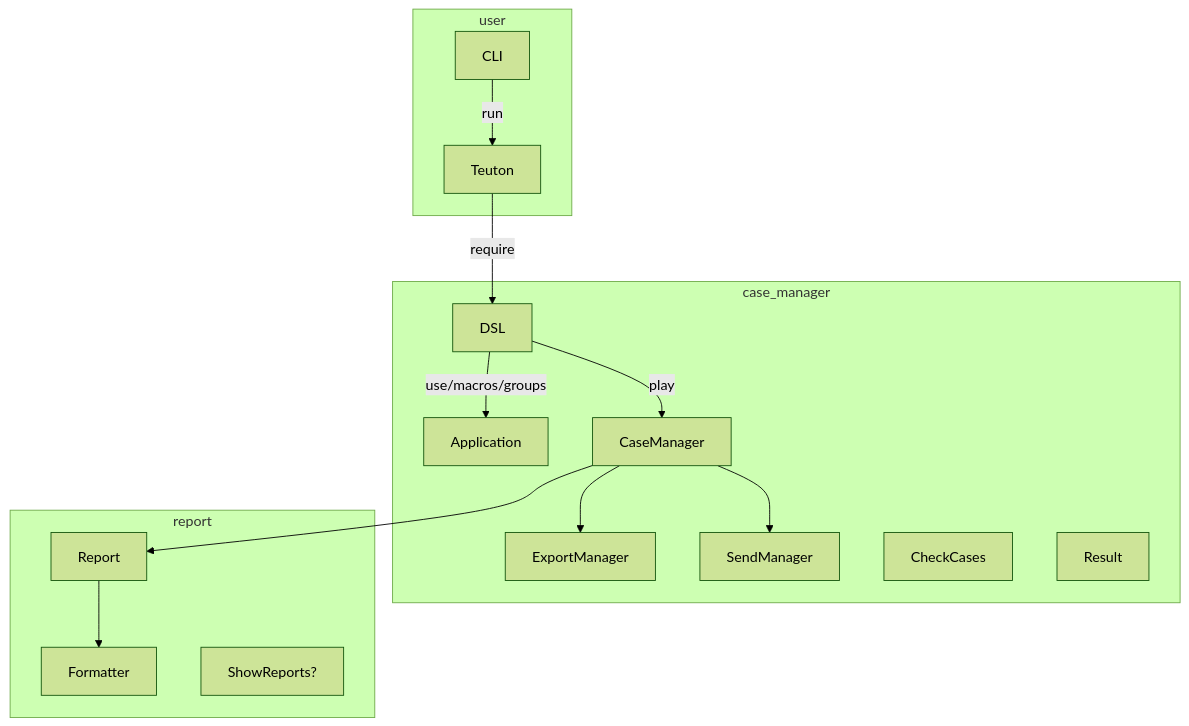
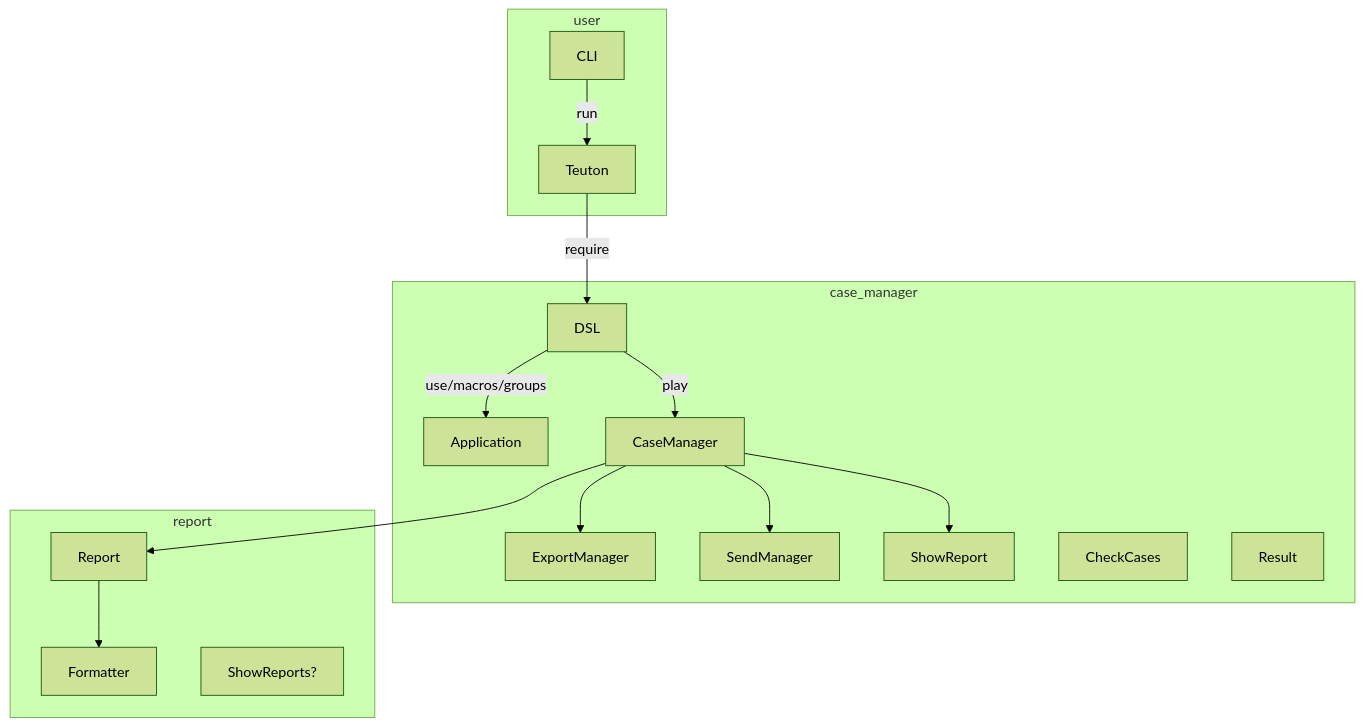
The second of 2 diagrams in docs/diagram.md (teuton-software/teuton), drawn with Mermaid (forest theme) before and after one commit. The commit also changed 3 other files, not shown here.

Commit message:
R ShowReport only used by CaseManager

````diff
--- a/docs/diagram.md
+++ b/docs/diagram.md
@@ -43,24 +43,25 @@
 ```mermaid
 flowchart TB
 
 subgraph user
   CLI -- run --> Teuton
 end
 
 subgraph case_manager
   Teuton -- require --> DSL
   DSL -- use/macros/groups --> Application
   DSL -- play --> CaseManager
   CaseManager --> ExportManager
   CaseManager --> SendManager
+  CaseManager --> ShowReport
   CheckCases
   Result
 end
 
 subgraph report
   CaseManager --> Report
   Report --> Formatter
 
   ShowReports?
 end
 ```
````
